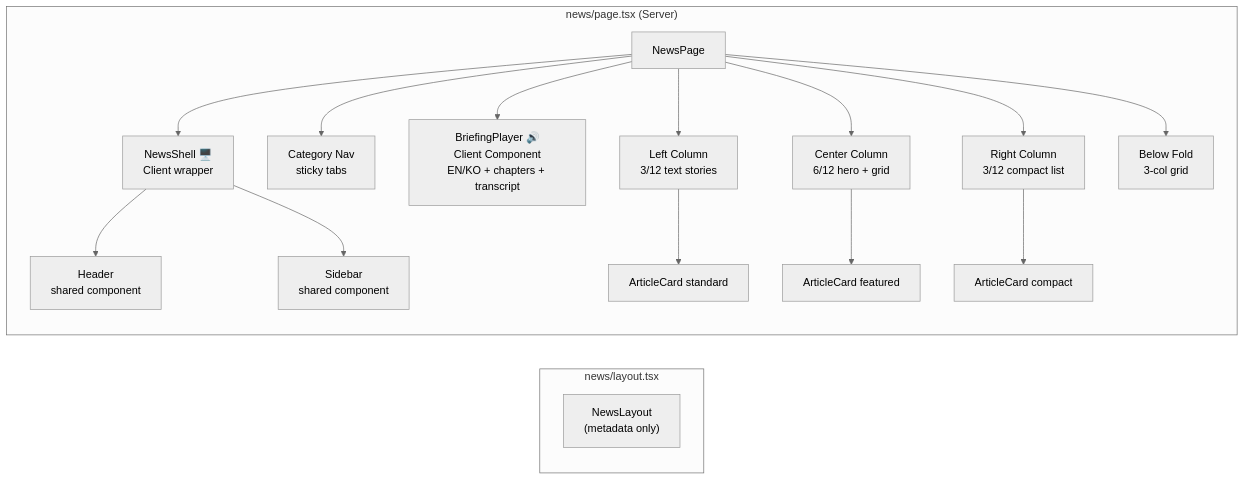
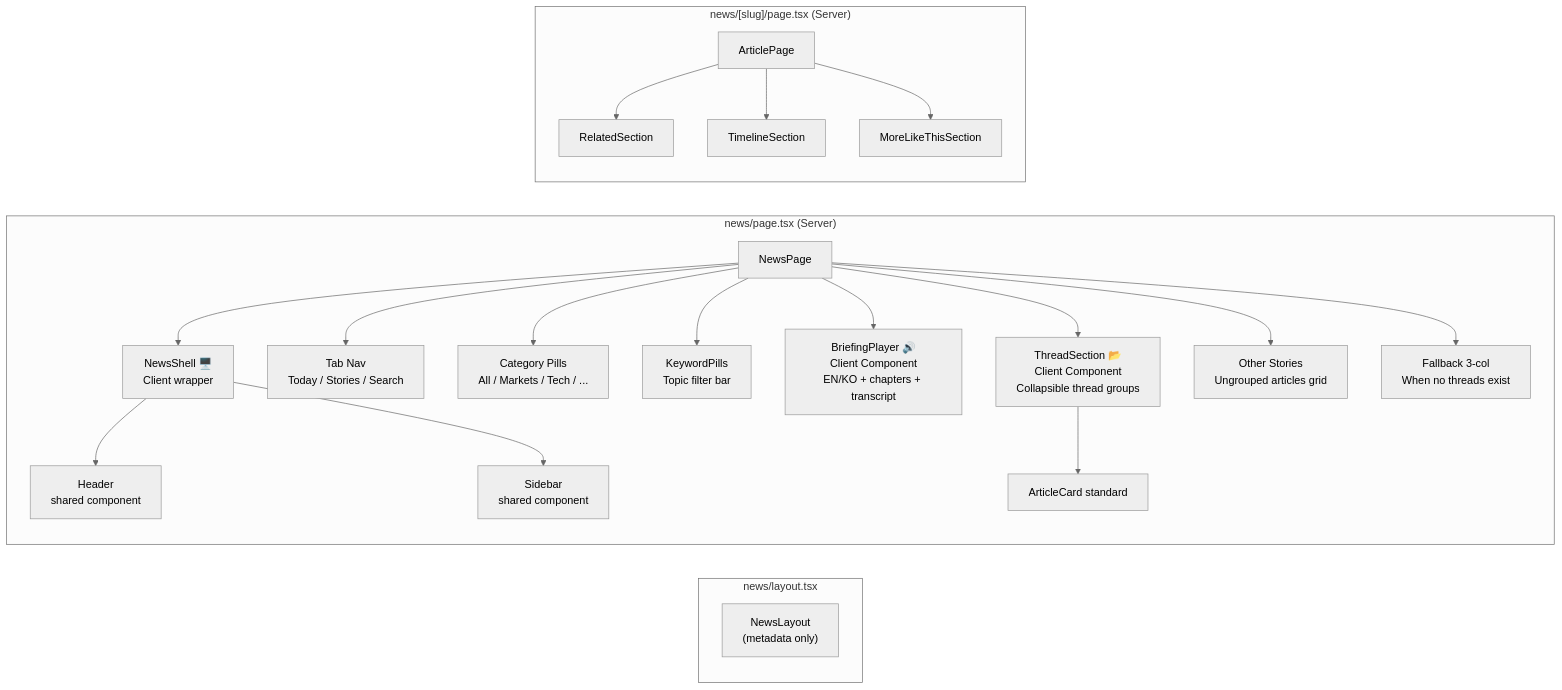
Before and after one commit to choym92/araverus: the second of 6 diagrams in docs/4-news-frontend.md, drawn with Mermaid (neutral theme). The commit also changed other lines of this file and 16 other files, not shown here.

````diff
--- a/docs/4-news-frontend.md
+++ b/docs/4-news-frontend.md
@@ -49,23 +59,27 @@
 ```mermaid
 graph LR
     subgraph "news/layout.tsx"
         LAYOUT["NewsLayout<br/>(metadata only)"]
     end
 
     subgraph "news/page.tsx (Server)"
         PAGE[NewsPage] --> SHELL[NewsShell 🖥️<br/>Client wrapper]
         SHELL --> HEADER[Header<br/>shared component]
         SHELL --> SIDEBAR[Sidebar<br/>shared component]
 
-        PAGE --> NAV[Category Nav<br/>sticky tabs]
+        PAGE --> TABS[Tab Nav<br/>Today / Stories / Search]
+        PAGE --> CATS[Category Pills<br/>All / Markets / Tech / ...]
+        PAGE --> KW[KeywordPills<br/>Topic filter bar]
         PAGE --> BP[BriefingPlayer 🔊<br/>Client Component<br/>EN/KO + chapters + transcript]
-        PAGE --> LEFT[Left Column<br/>3/12 text stories]
-        PAGE --> CENTER[Center Column<br/>6/12 hero + grid]
-        PAGE --> RIGHT[Right Column<br/>3/12 compact list]
-        PAGE --> BELOW[Below Fold<br/>3-col grid]
+        PAGE --> TS[ThreadSection 📂<br/>Client Component<br/>Collapsible thread groups]
+        TS --> AC_STD[ArticleCard standard]
+        PAGE --> UNGROUPED[Other Stories<br/>Ungrouped articles grid]
+        PAGE --> FALLBACK[Fallback 3-col<br/>When no threads exist]
+    end
 
-        LEFT --> AC_STD[ArticleCard standard]
-        CENTER --> AC_FEAT[ArticleCard featured]
-        RIGHT --> AC_COMP[ArticleCard compact]
+    subgraph "news/[slug]/page.tsx (Server)"
+        DETAIL[ArticlePage] --> REL[RelatedSection]
+        DETAIL --> TL[TimelineSection]
+        DETAIL --> MLT[MoreLikeThisSection]
     end
 ```
````
